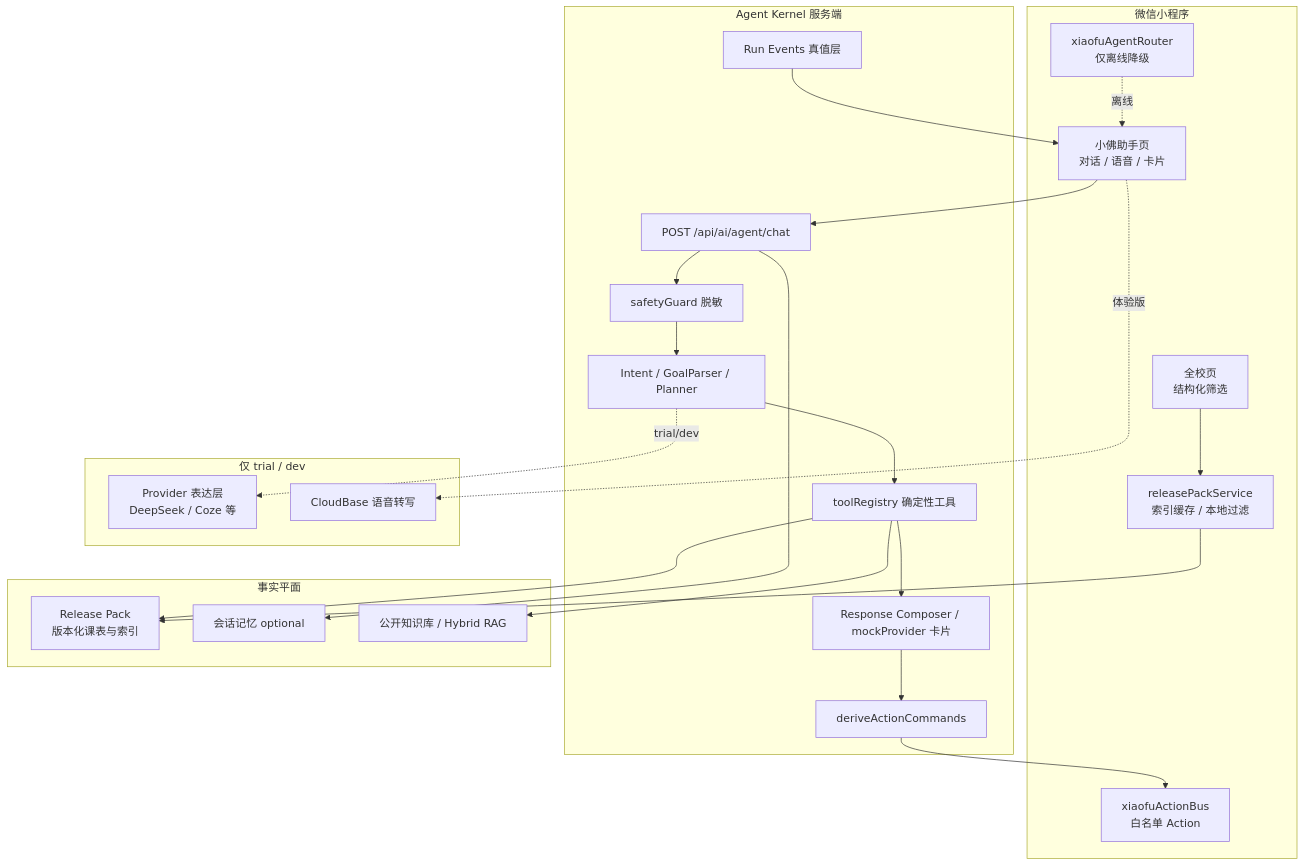
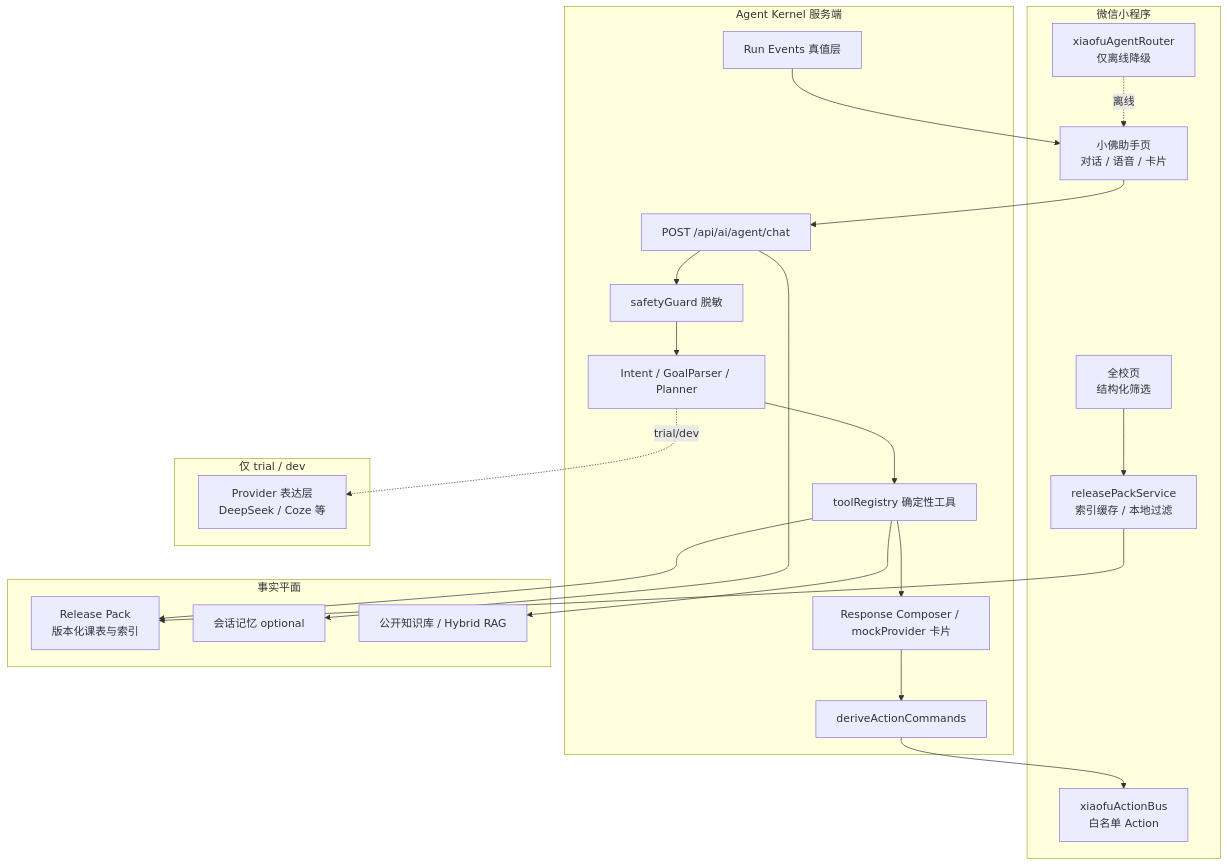
Before and after one commit to katelya77/FosuClass: the diagram in docs/competition-2026-agent-design.md, drawn with Mermaid. The commit also changed other lines of this file and 41 other files, not shown here.

````diff
--- a/docs/competition-2026-agent-design.md
+++ b/docs/competition-2026-agent-design.md
@@ -98,45 +98,43 @@
 ```mermaid
 flowchart TB
   subgraph Client["微信小程序"]
     School["全校页<br/>结构化筛选"]
     Xiaofu["小佛助手页<br/>对话 / 语音 / 卡片"]
     Bus["xiaofuActionBus<br/>白名单 Action"]
     Local["xiaofuAgentRouter<br/>仅离线降级"]
     PackClient["releasePackService<br/>索引缓存 / 本地过滤"]
   end
 
   subgraph Server["Agent Kernel 服务端"]
     Chat["POST /api/ai/agent/chat"]
     Safety["safetyGuard 脱敏"]
     Intent["Intent / GoalParser / Planner"]
     Tools["toolRegistry 确定性工具"]
     Compose["Response Composer / mockProvider 卡片"]
     Actions["deriveActionCommands"]
     Events["Run Events 真值层"]
   end
 
   subgraph Data["事实平面"]
     RP["Release Pack<br/>版本化课表与索引"]
     Mem["会话记忆 optional"]
     KB["公开知识库 / Hybrid RAG"]
   end
 
   subgraph Optional["仅 trial / dev"]
     Prov["Provider 表达层<br/>DeepSeek / Coze 等"]
-    ASR["CloudBase 语音转写"]
   end
 
   Xiaofu --> Chat
   School --> PackClient
   PackClient --> RP
   Chat --> Safety --> Intent --> Tools
   Tools --> RP
   Tools --> Compose --> Actions
   Actions --> Bus
   Events --> Xiaofu
   Intent -.->|trial/dev| Prov
-  Xiaofu -.->|体验版| ASR
   Local -.->|离线| Xiaofu
   Tools --> KB
   Chat --> Mem
 ```
````
